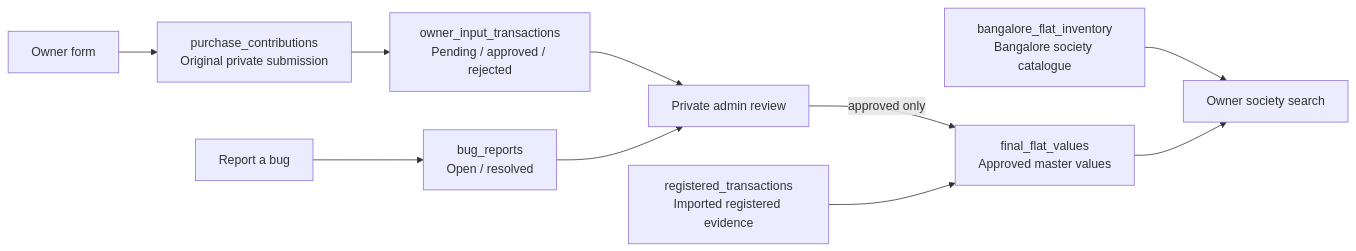
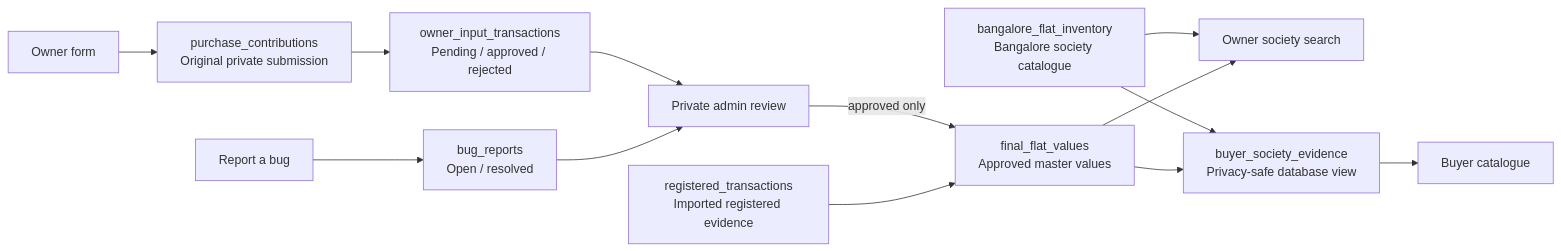
The diagram in docs/database-schema.md (Photopilott/truesquare), drawn with Mermaid before and after one commit. The commit also changed other lines of this file and 9 other files, not shown here.

Commit message:
Add owner evidence to Buyer catalogue

````diff
--- a/docs/database-schema.md
+++ b/docs/database-schema.md
@@ -28,20 +28,24 @@
 ```mermaid
 flowchart LR
   Inventory[bangalore_flat_inventory\nBangalore society catalogue]
   Registered[registered_transactions\nImported registered evidence]
   OwnerForm[Owner form]
   Contribution[purchase_contributions\nOriginal private submission]
   OwnerInput[owner_input_transactions\nPending / approved / rejected]
   Admin[Private admin review]
   Final[final_flat_values\nApproved master values]
   Search[Owner society search]
+  BuyerView[buyer_society_evidence\nPrivacy-safe database view]
+  Buyer[Buyer catalogue]
   BugForm[Report a bug]
   Bugs[bug_reports\nOpen / resolved]
 
   Inventory --> Search
   Final --> Search
+  Inventory --> BuyerView
+  Final --> BuyerView --> Buyer
   OwnerForm --> Contribution --> OwnerInput --> Admin
   Admin -->|approved only| Final
   Registered --> Final
   BugForm --> Bugs --> Admin
 ```
````
